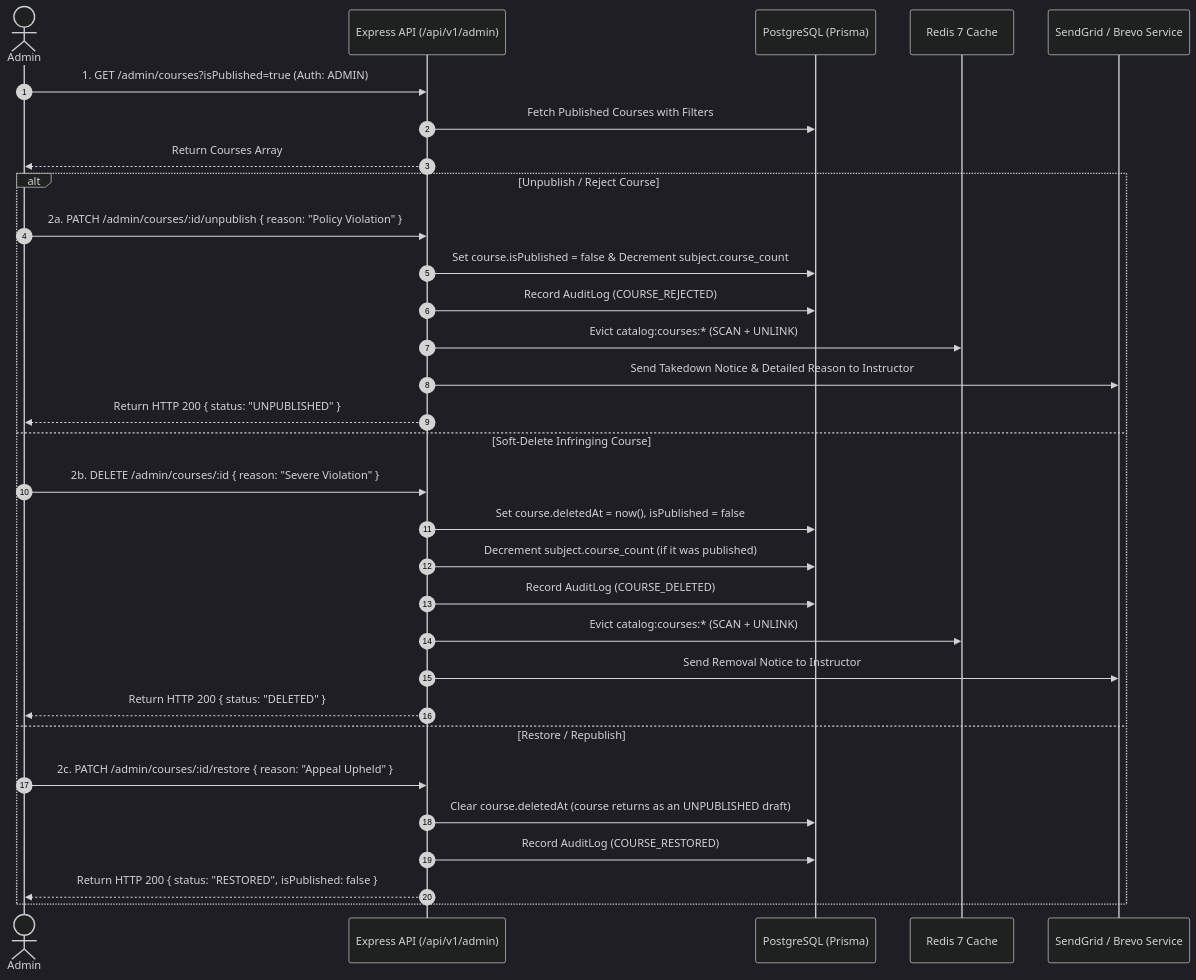
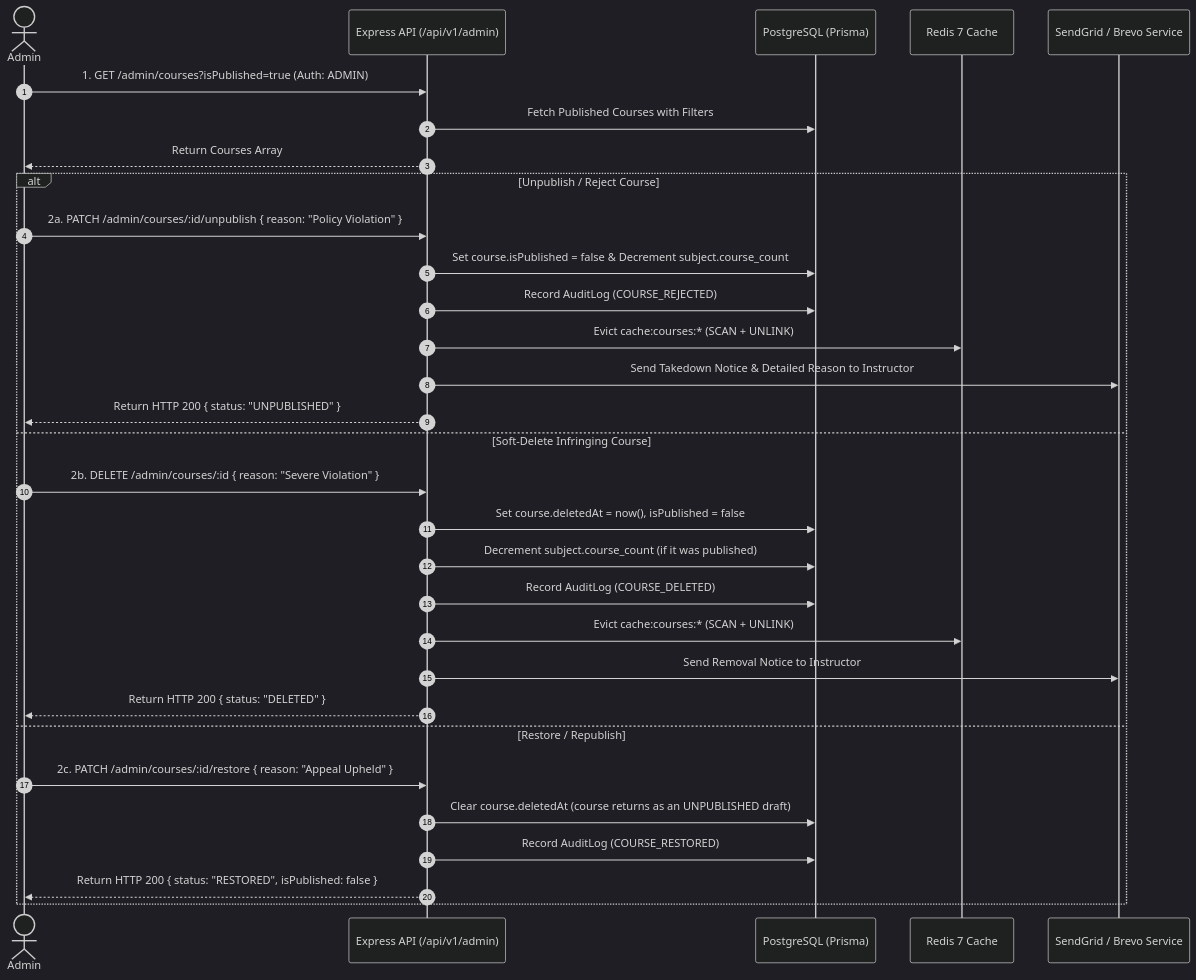
Before and after one commit to NashLucas/EduSphere: the seventh of 8 diagrams in EduTRD.md, drawn with Mermaid (dark theme). The commit also changed other lines of this file and 8 other files, not shown here.

````diff
--- a/EduTRD.md
+++ b/EduTRD.md
@@ -1287,35 +1300,35 @@
 ```mermaid
 sequenceDiagram
     autonumber
     actor Admin
     participant API as Express API (/api/v1/admin)
     participant DB as PostgreSQL (Prisma)
     participant Cache as Redis 7 Cache
     participant Email as SendGrid / Brevo Service
 
     Admin->>API: 1. GET /admin/courses?isPublished=true (Auth: ADMIN)
     API->>DB: Fetch Published Courses with Filters
     API-->>Admin: Return Courses Array
 
     alt Unpublish / Reject Course
         Admin->>API: 2a. PATCH /admin/courses/:id/unpublish { reason: "Policy Violation" }
         API->>DB: Set course.isPublished = false & Decrement subject.course_count
         API->>DB: Record AuditLog (COURSE_REJECTED)
-        API->>Cache: Evict catalog:courses:* (SCAN + UNLINK)
+        API->>Cache: Evict cache:courses:* (SCAN + UNLINK)
         API->>Email: Send Takedown Notice & Detailed Reason to Instructor
         API-->>Admin: Return HTTP 200 { status: "UNPUBLISHED" }
     else Soft-Delete Infringing Course
         Admin->>API: 2b. DELETE /admin/courses/:id { reason: "Severe Violation" }
         API->>DB: Set course.deletedAt = now(), isPublished = false
         API->>DB: Decrement subject.course_count (if it was published)
         API->>DB: Record AuditLog (COURSE_DELETED)
-        API->>Cache: Evict catalog:courses:* (SCAN + UNLINK)
+        API->>Cache: Evict cache:courses:* (SCAN + UNLINK)
         API->>Email: Send Removal Notice to Instructor
         API-->>Admin: Return HTTP 200 { status: "DELETED" }
     else Restore / Republish
         Admin->>API: 2c. PATCH /admin/courses/:id/restore { reason: "Appeal Upheld" }
         API->>DB: Clear course.deletedAt (course returns as an UNPUBLISHED draft)
         API->>DB: Record AuditLog (COURSE_RESTORED)
         API-->>Admin: Return HTTP 200 { status: "RESTORED", isPublished: false }
     end
 ```
````
